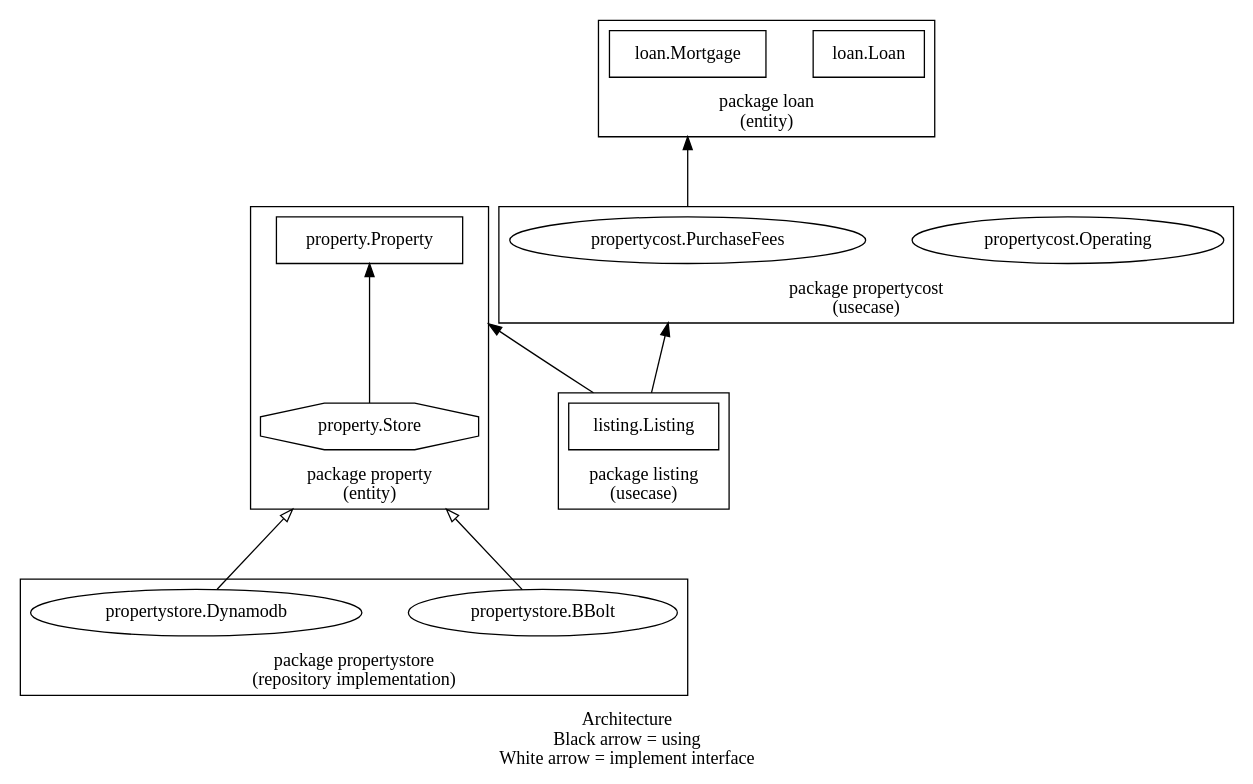
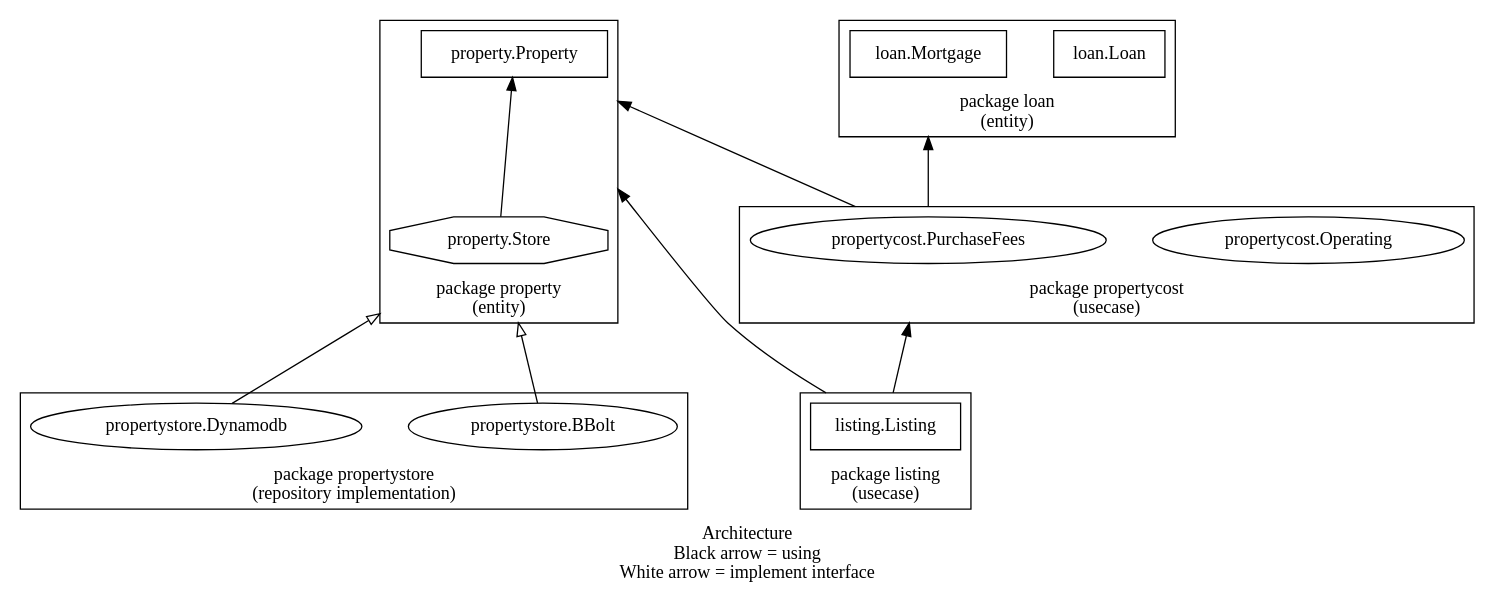
The diagram in docs/architecture.gv (Jumziey/propertycompare), drawn with Graphviz before and after one commit.

Commit message:
Added the dependency on the `property` package to `propertycost`

```diff
--- a/docs/architecture.gv
+++ b/docs/architecture.gv
@@ -1,42 +1,43 @@
 digraph Architecture { 
 	compound=true
 	graph [pad="0", nodesep="0.5", ranksep="1.5"];
 	rankdir=BT
 	label="Architecture \n Black arrow = using \n White arrow = implement interface"
 
 	
 	subgraph cluster_property_entity {
 		label="package property\n(entity)"
 		property[label="property.Property", shape="rectangle"]
 		propertystore[label="property.Store", shape="octagon"]
 		propertystore->property
 	}
 
 	subgraph cluster_loan_entity {
 		label="package loan \n(entity)"
 		loan[label="loan.Loan", shape="rectangle"]
 		mortgage[label="loan.Mortgage", shape="rectangle"]
 	}
 
 	subgraph cluster_propertycost_usecase {
 		label="package propertycost\n(usecase)"
 		operatingcosts[label="propertycost.Operating"]
 		purchasefees[label="propertycost.PurchaseFees"]
 	}
 	purchasefees->mortgage[ltail=cluster_propertycost_usecase, lhead=cluster_loan_entity]
+	purchasefees->property[ltail=cluster_propertycost_usecase, lhead=cluster_property_entity]
 	
 	subgraph cluster_propertystore_entity {
 		label="package propertystore\n(repository implementation)"
 		bbolt[label="propertystore.BBolt"]
 		dynamodb[label="propertystore.Dynamodb"]
 	}
 	bbolt->propertystore[arrowhead="onormal", lhead=cluster_property_entity]
 	dynamodb->propertystore[arrowhead="onormal", lhead=cluster_property_entity]
 
 	subgraph cluster_listing_usecase {
 		label="package listing\n(usecase)"
 		listing[label="listing.Listing", shape="rectangle"]
 	}
 	listing->property[ltail=cluster_listing_usecase, lhead=cluster_property_entity]
 	listing->purchasefees[ltail=cluster_listing_usecase, lhead=cluster_propertycost_usecase]
 }
```
